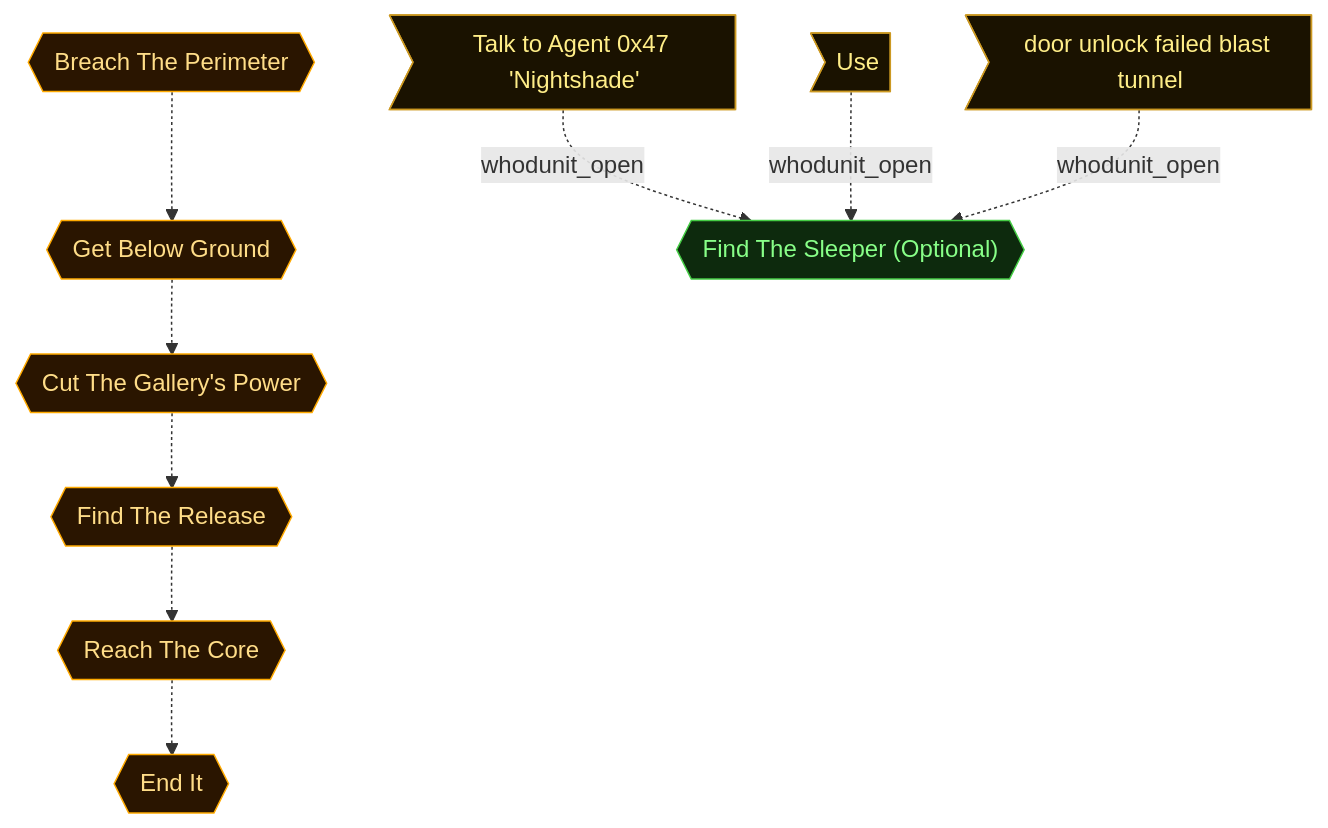
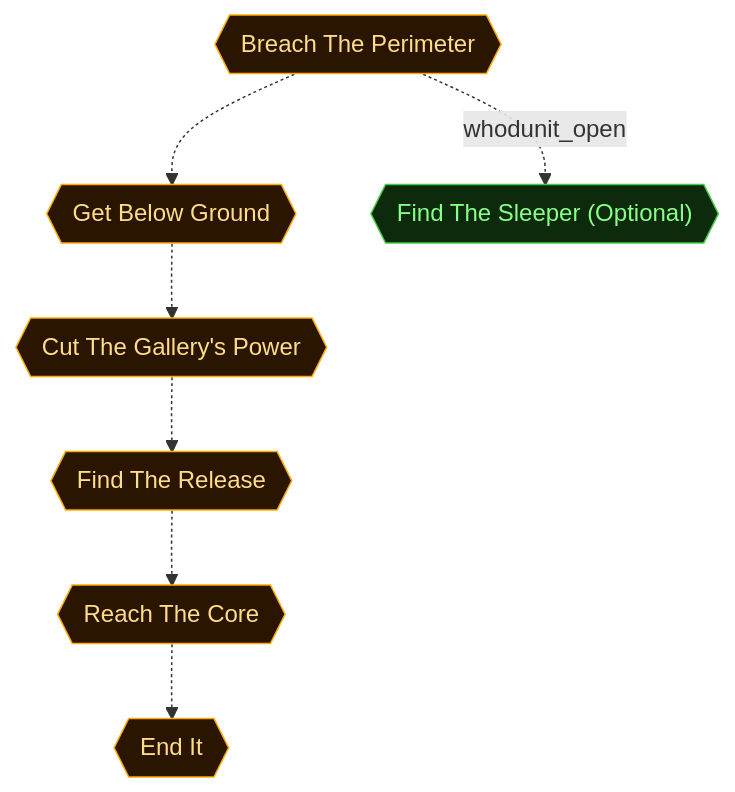
The second of 5 diagrams in scenarios/m10_full_disclosure/dungeon_graph.md (cliffe/BreakEscape), drawn with Mermaid before and after one commit. The commit also changed other lines of this file and 12 other files, not shown here.

````diff
--- a/scenarios/m10_full_disclosure/dungeon_graph.md
+++ b/scenarios/m10_full_disclosure/dungeon_graph.md
@@ -230,42 +277,36 @@
 ```mermaid
 flowchart TD
 
   classDef room      fill:#0f2d2d,stroke:#22ddcc,color:#a0ffee
   classDef lock      fill:#2d0f0f,stroke:#e66060,color:#ffa0a0
   classDef key       fill:#2d0812,stroke:#e66060,color:#ffa0a0
   classDef item      fill:#2d1200,stroke:#e89030,color:#ffcc80
   classDef gate      fill:#111,stroke:#666,color:#eee
   classDef vm        fill:#0c1f40,stroke:#4a90d9,color:#a0c8ff
   classDef flag      fill:#1a0c2d,stroke:#9060d0,color:#cc99ff
   classDef action    fill:#1a1200,stroke:#cc9922,color:#ffee88
   classDef aim       fill:#0d2a0d,stroke:#44cc44,color:#88ff88
   classDef aim_gate  fill:#111111,stroke:#44cc44,color:#44cc44
   classDef container fill:#1a2d1a,stroke:#60b060,color:#a0e0a0
   classDef npc       fill:#2d1f0d,stroke:#d0a050,color:#ffe0a0
   classDef critical  fill:#2a1500,stroke:#ffaa00,color:#ffdd88
   classDef start     fill:#003322,stroke:#00ffaa,color:#00ffaa
 
   aim_breach_the_perimeter{{"Breach The Perimeter"}}
   aim_get_below_ground{{"Get Below Ground"}}
   aim_cut_the_gallery_power{{"Cut The Gallery's Power"}}
   aim_find_the_release{{"Find The Release"}}
   aim_reach_the_core{{"Reach The Core"}}
   aim_end_it{{"End It"}}
   aim_find_the_sleeper{{"Find The Sleeper (Optional)"}}
-  story_talk_to_agent_0x47_nightshade>"Talk to Agent 0x47 'Nightshade'"]
-  story_use>"Use"]
-  story_door_unlock_failed_blast_tunnel>"door unlock failed blast tunnel"]
 
   aim_breach_the_perimeter -.-> aim_get_below_ground
   aim_get_below_ground -.-> aim_cut_the_gallery_power
   aim_cut_the_gallery_power -.-> aim_find_the_release
   aim_find_the_release -.-> aim_reach_the_core
   aim_reach_the_core -.-> aim_end_it
-  story_talk_to_agent_0x47_nightshade -.->|whodunit_open| aim_find_the_sleeper
-  story_use -.->|whodunit_open| aim_find_the_sleeper
-  story_door_unlock_failed_blast_tunnel -.->|whodunit_open| aim_find_the_sleeper
+  aim_breach_the_perimeter -.->|whodunit_open| aim_find_the_sleeper
 
   class aim_breach_the_perimeter,aim_get_below_ground,aim_cut_the_gallery_power,aim_find_the_release,aim_reach_the_core,aim_end_it critical
   class aim_find_the_sleeper aim
-  class story_talk_to_agent_0x47_nightshade,story_use,story_door_unlock_failed_blast_tunnel action
 ```
````
